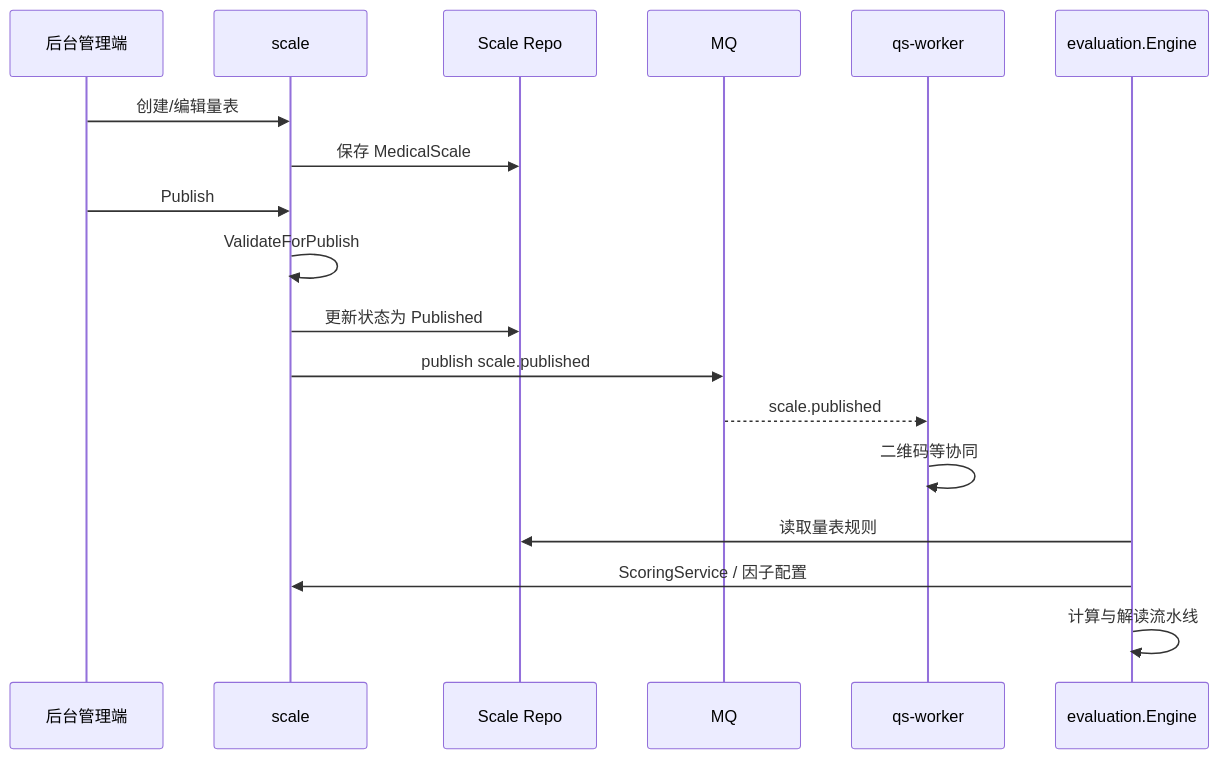
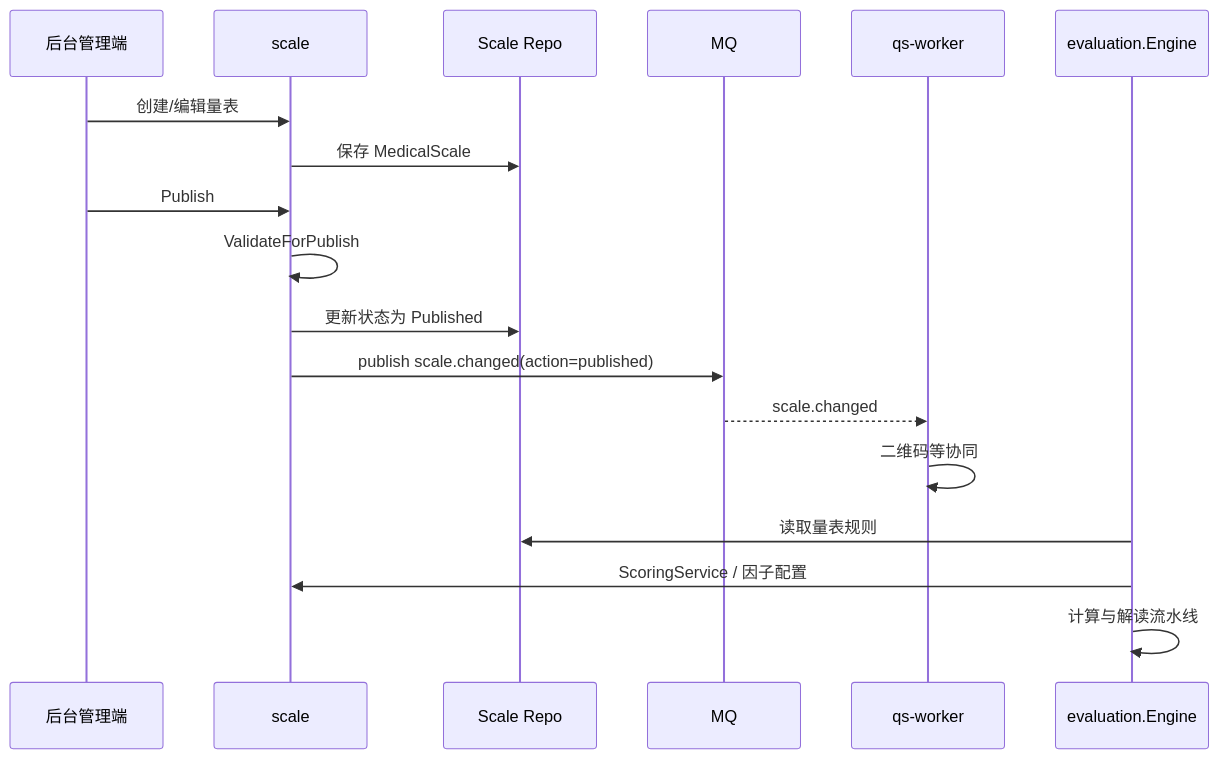
Before and after one commit to FangcunMount/qs-server: the fourth of 4 diagrams in docs/02-业务模块/02-scale.md, drawn with Mermaid. The commit also changed other lines of this file and 8 other files, not shown here.

````diff
--- a/docs/02-业务模块/02-scale.md
+++ b/docs/02-业务模块/02-scale.md
@@ -291,21 +287,21 @@
 ```mermaid
 sequenceDiagram
     participant Admin as 后台管理端
     participant Scale as scale
     participant Repo as Scale Repo
     participant MQ as MQ
     participant Worker as qs-worker
     participant Eval as evaluation.Engine
 
     Admin->>Scale: 创建/编辑量表
     Scale->>Repo: 保存 MedicalScale
     Admin->>Scale: Publish
     Scale->>Scale: ValidateForPublish
     Scale->>Repo: 更新状态为 Published
-    Scale->>MQ: publish scale.published
-    MQ-->>Worker: scale.published
+    Scale->>MQ: publish scale.changed(action=published)
+    MQ-->>Worker: scale.changed
     Worker->>Worker: 二维码等协同
     Eval->>Repo: 读取量表规则
     Eval->>Scale: ScoringService / 因子配置
     Eval->>Eval: 计算与解读流水线
 ```
````
